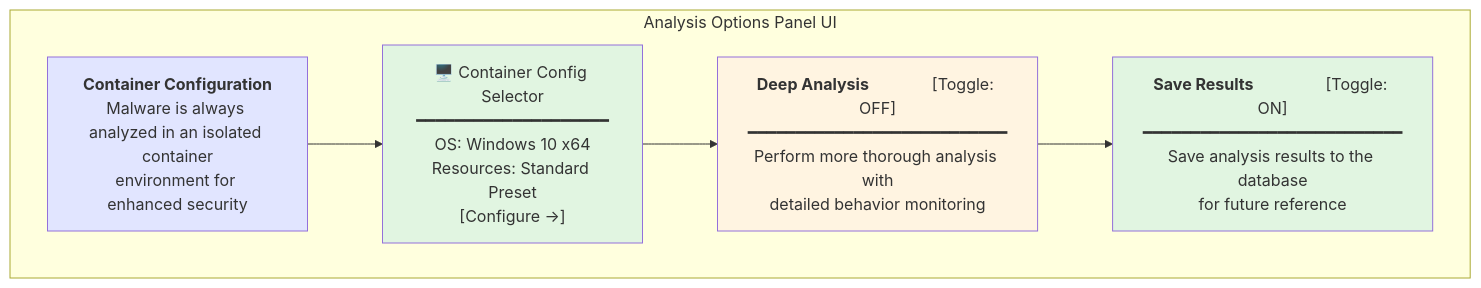
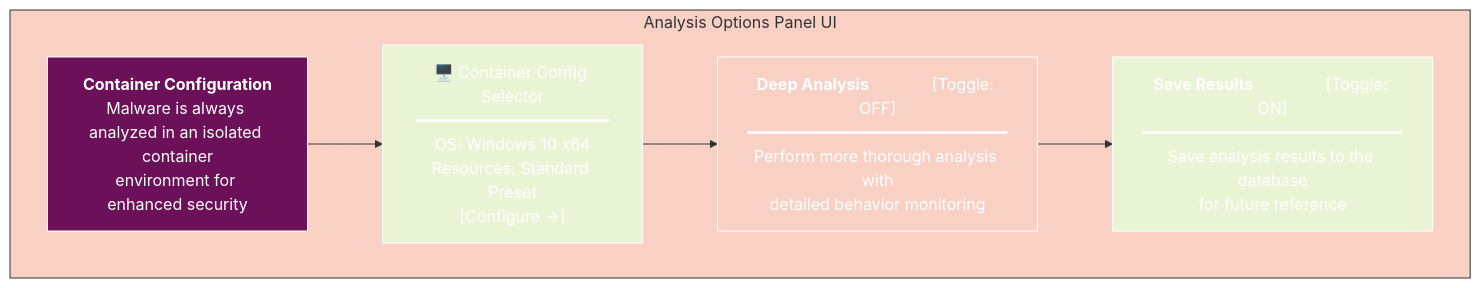
Before and after one commit to radicalkjax/Athena: the fourth of 5 diagrams in docs/components/ANALYSIS_OPTIONS_PANEL.md, drawn with Mermaid. The commit also changed other lines of this file and 27 other files, not shown here.

Commit message:
Introduction of expo package manager. Updated docs to reflect changes. Unified mermaid theme for docs.

````diff
--- a/docs/components/ANALYSIS_OPTIONS_PANEL.md
+++ b/docs/components/ANALYSIS_OPTIONS_PANEL.md
@@ -326,21 +389,42 @@
 ```mermaid
+%%{init: {
+  'theme': 'base',
+  'themeVariables': {
+    'primaryColor': '#6d105a',
+    'primaryTextColor': '#ffffff',
+    'primaryBorderColor': '#ffffff',
+    'lineColor': '#333333',
+    'secondaryColor': '#e8f4d4',
+    'secondaryTextColor': '#333333',
+    'secondaryBorderColor': '#333333',
+    'tertiaryColor': '#f9d0c4',
+    'tertiaryTextColor': '#333333',
+    'tertiaryBorderColor': '#333333',
+    'background': '#ffffff',
+    'mainBkg': '#6d105a',
+    'secondBkg': '#e8f4d4',
+    'tertiaryBkg': '#f9d0c4',
+    'textColor': '#333333',
+    'fontFamily': 'Arial, sans-serif'
+  }
+}}%%
 graph TB
     subgraph "Analysis Options Panel UI"
         Header["<b>Container Configuration</b><br/>Malware is always analyzed in an isolated container<br/>environment for enhanced security"]
         
         ContainerSection["🖥️ Container Config Selector<br/>━━━━━━━━━━━━━━━━━━━━<br/>OS: Windows 10 x64<br/>Resources: Standard Preset<br/>[Configure →]"]
         
         DeepAnalysis["<b>Deep Analysis</b> &nbsp;&nbsp;&nbsp;&nbsp;&nbsp;&nbsp;&nbsp;&nbsp;&nbsp;&nbsp;&nbsp;&nbsp; [Toggle: OFF]<br/>━━━━━━━━━━━━━━━━━━━━━━━━━━━<br/>Perform more thorough analysis with<br/>detailed behavior monitoring"]
         
         SaveResults["<b>Save Results</b> &nbsp;&nbsp;&nbsp;&nbsp;&nbsp;&nbsp;&nbsp;&nbsp;&nbsp;&nbsp;&nbsp;&nbsp;&nbsp;&nbsp; [Toggle: ON]<br/>━━━━━━━━━━━━━━━━━━━━━━━━━━━<br/>Save analysis results to the database<br/>for future reference"]
     end
     
     Header --> ContainerSection
     ContainerSection --> DeepAnalysis
     DeepAnalysis --> SaveResults
     
-    style Header fill:#e1e5ff
-    style ContainerSection fill:#e1f5e1
-    style DeepAnalysis fill:#fff4e1
-    style SaveResults fill:#e1f5e1
+    style Header fill:#6d105a
+    style ContainerSection fill:#e8f4d4
+    style DeepAnalysis fill:#f9d0c4
+    style SaveResults fill:#e8f4d4
 ```
````
